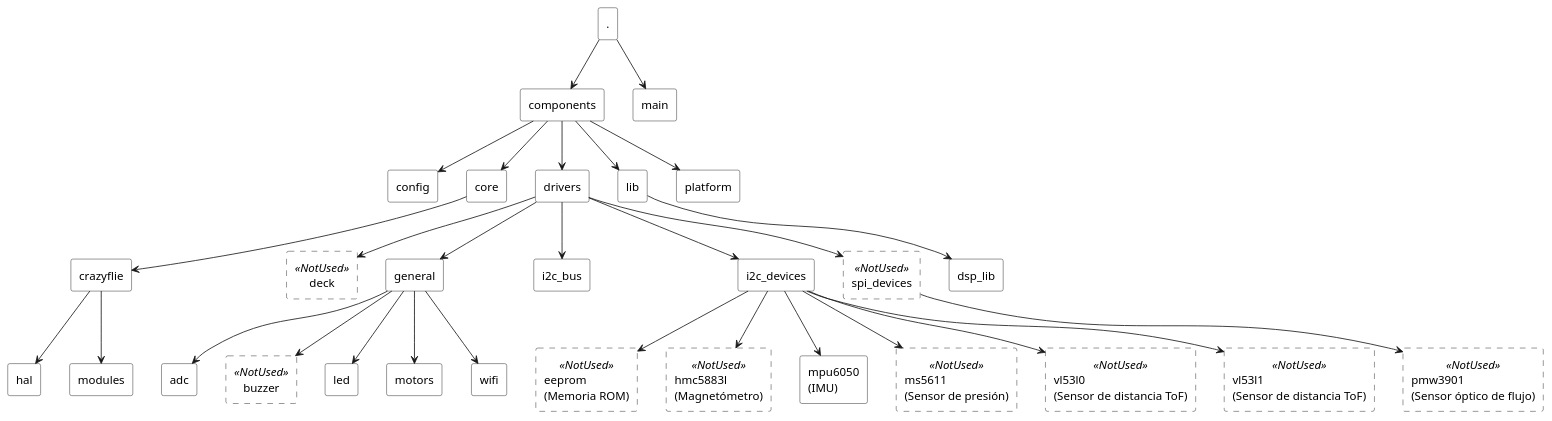
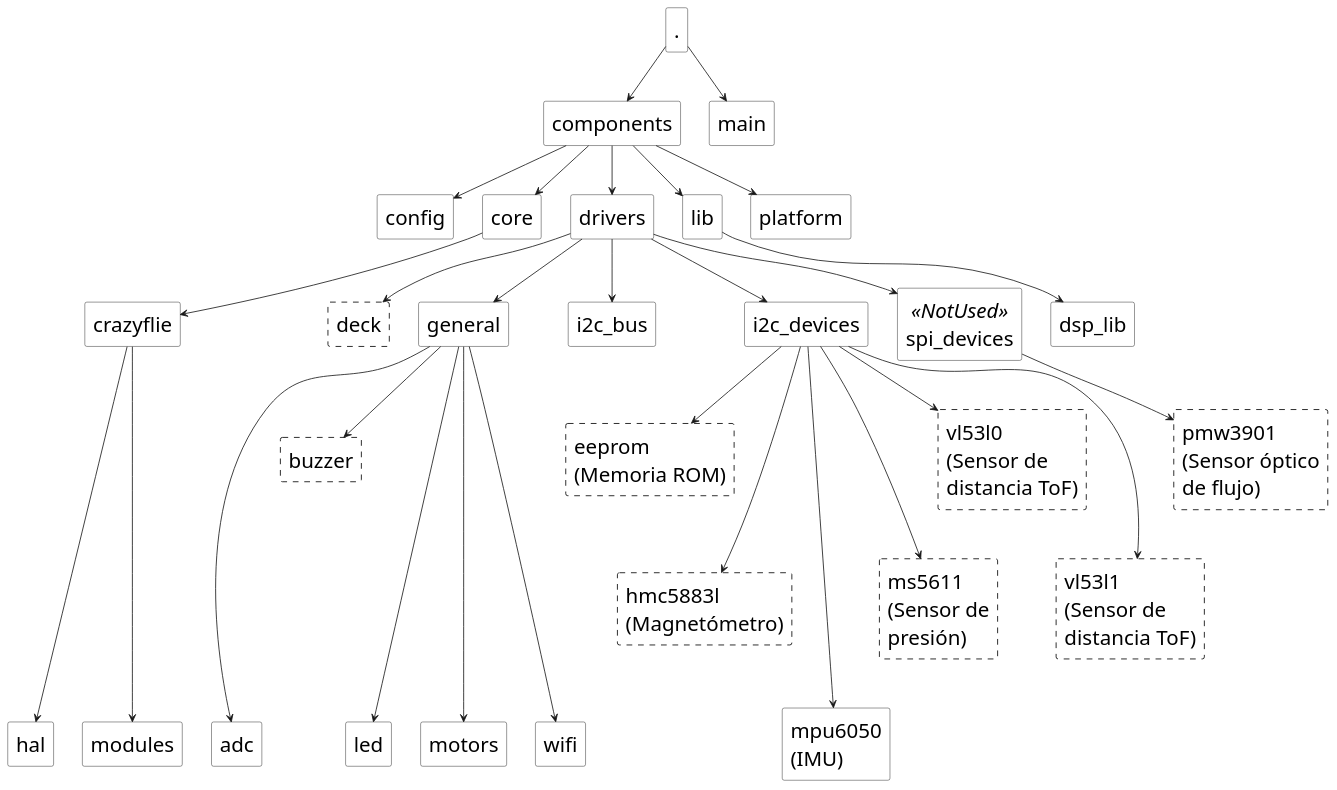
The diagram in diagrams/firmware_dron.puml (lcruper/tfm-multiagent), drawn with PlantUML before and after one commit. The commit also changed 7 other files, not shown here.

Commit message:
Diagrams ready

```diff
--- a/diagrams/firmware_dron.puml
+++ b/diagrams/firmware_dron.puml
@@ -1,99 +1,95 @@
 @startuml
+
+skinparam defaultFontSize 25
 
 skinparam rectangle {
   BorderStyle solid
-  BorderColor #000000ff
-  BackgroundColor #ffffffff
-}
-
-skinparam rectangle<<NotUsed>>{
-  BorderStyle dashed
   BorderColor #000000ff
   BackgroundColor #ffffffff
 }
 
 ' Nivel 0
 rectangle "." as root
 
 ' Nivel 1: components
 rectangle "components" as comp
 root --> comp
 
 ' Nivel 1: main
 rectangle "main" as main
 root --> main
 
 ' Nivel 2: components
 rectangle "config" as config
 rectangle "core" as core
 rectangle "drivers" as drivers
 rectangle "lib" as lib
 rectangle "platform" as platform
 
 comp --> config
 comp --> core
 comp --> drivers
 comp --> lib
 comp --> platform
 
 ' Nivel 3: core
 rectangle "crazyflie" as crazy
 core --> crazy
 
 ' Nivel 3: drivers
-rectangle "deck" <<NotUsed>> as deck
+rectangle "deck"as deck #line.dashed
 rectangle "general" as general
 rectangle "i2c_bus" as i2c_bus
 rectangle "i2c_devices" as i2c_dev
 rectangle "spi_devices" <<NotUsed>> as spi_dev
 
 drivers --> deck
 drivers --> general
 drivers --> i2c_bus
 drivers --> i2c_dev
 drivers --> spi_dev
 
 ' Nivel 3: lib
 rectangle "dsp_lib" as dsp_lib
 lib --> dsp_lib
 
 ' Nivel 4: crazyflie
 rectangle "hal" as hal
 rectangle "modules" as modules
 
-crazy --> hal
-crazy --> modules
+crazy ----> hal
+crazy ----> modules
 
 ' Nivel 4: general
 rectangle "adc" as adc
-rectangle "buzzer" <<NotUsed>> as buzzer
+rectangle "buzzer" as buzzer #line.dashed
 rectangle "led" as led 
 rectangle "motors" as motors 
 rectangle "wifi" as wifi
 
-general --> adc
+general ----> adc
 general --> buzzer
-general --> led
-general --> motors
-general --> wifi
+general ----> led
+general ----> motors
+general ----> wifi
 
 ' Nivel 4: i2c_devices
-rectangle "eeprom\n(Memoria ROM)" <<NotUsed>> as eeprom 
-rectangle "hmc5883l\n(Magnetómetro)" <<NotUsed>> as hmc 
+rectangle "eeprom\n(Memoria ROM)" as eeprom #line.dashed
+rectangle "hmc5883l\n(Magnetómetro)" as hmc #line.dashed
 rectangle "mpu6050\n(IMU)" as mpu 
-rectangle "ms5611\n(Sensor de presión)" <<NotUsed>> as ms
-rectangle "vl53l0\n(Sensor de distancia ToF)" <<NotUsed>> as vl0
-rectangle "vl53l1\n(Sensor de distancia ToF)" <<NotUsed>> as vl1
+rectangle "ms5611\n(Sensor de\npresión)" as ms #line.dashed
+rectangle "vl53l0\n(Sensor de\ndistancia ToF)" as vl0 #line.dashed
+rectangle "vl53l1\n(Sensor de\ndistancia ToF)" as vl1 #line.dashed
 
 i2c_dev --> eeprom
-i2c_dev --> hmc
-i2c_dev --> mpu
-i2c_dev --> ms
+i2c_dev ---> hmc
+i2c_dev ----> mpu
+i2c_dev ---> ms
 i2c_dev --> vl0
-i2c_dev --> vl1
+i2c_dev ---> vl1
 
 ' Nivel 4: spi_devices
-rectangle "pmw3901\n(Sensor óptico de flujo)" <<NotUsed>> as pmw
+rectangle "pmw3901\n(Sensor óptico\nde flujo)" as pmw #line.dashed
 spi_dev --> pmw
 
 @enduml
```
